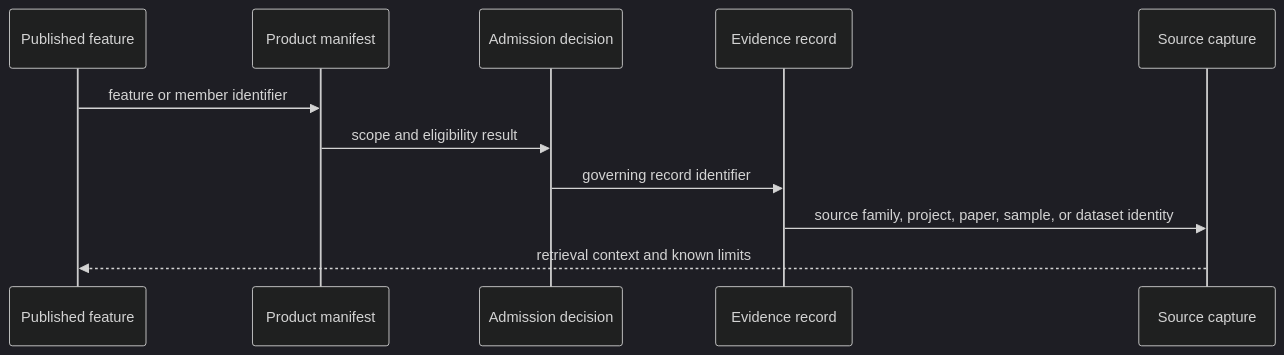
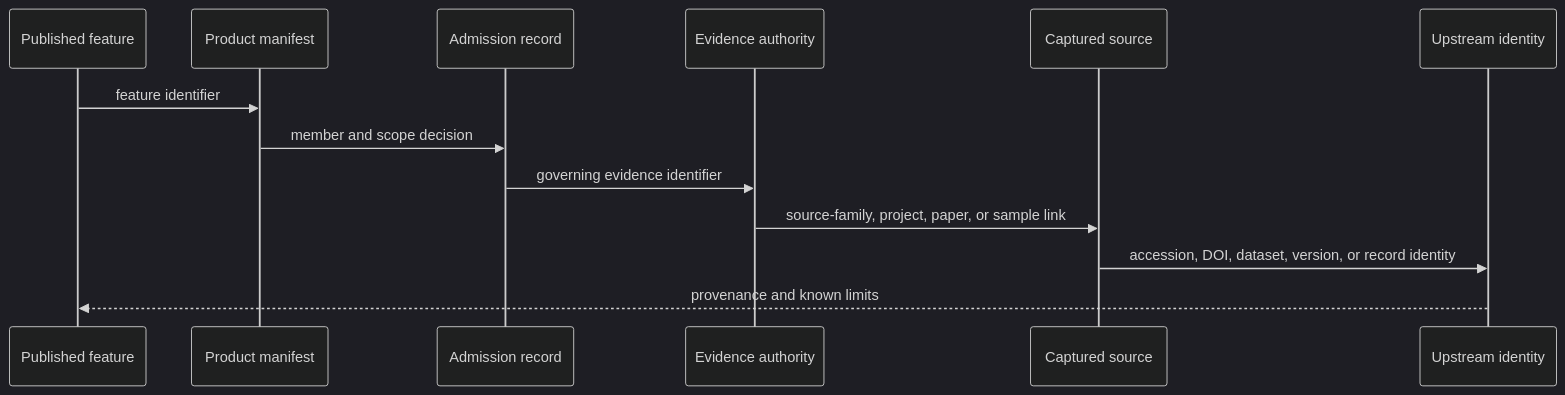
Before and after one commit to bijux/bijux-pollenomics: the diagram in docs/public/pollenomics-data/overview/provenance-and-publication-linkage.md, drawn with Mermaid (dark theme). The commit also changed other lines of this file and 2 other files, not shown here.

Commit message:
docs(data): explain curation authority and propagation

````diff
--- a/docs/public/pollenomics-data/overview/provenance-and-publication-linkage.md
+++ b/docs/public/pollenomics-data/overview/provenance-and-publication-linkage.md
@@ -18,13 +19,15 @@
 ```mermaid
 sequenceDiagram
-    participant P as Published feature
+    participant F as Published feature
     participant M as Product manifest
-    participant D as Admission decision
-    participant E as Evidence record
-    participant S as Source capture
-    P->>M: feature or member identifier
-    M->>D: scope and eligibility result
-    D->>E: governing record identifier
-    E->>S: source family, project, paper, sample, or dataset identity
-    S-->>P: retrieval context and known limits
+    participant A as Admission record
+    participant E as Evidence authority
+    participant C as Captured source
+    participant U as Upstream identity
+    F->>M: feature identifier
+    M->>A: member and scope decision
+    A->>E: governing evidence identifier
+    E->>C: source-family, project, paper, or sample link
+    C->>U: accession, DOI, dataset, version, or record identity
+    U-->>F: provenance and known limits
 ```
````
